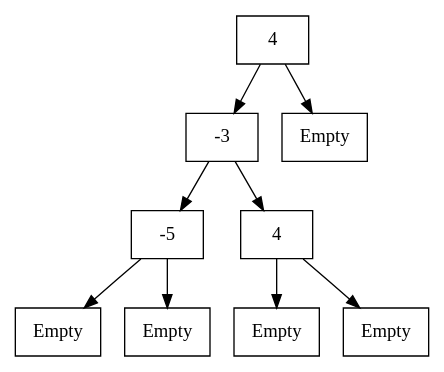
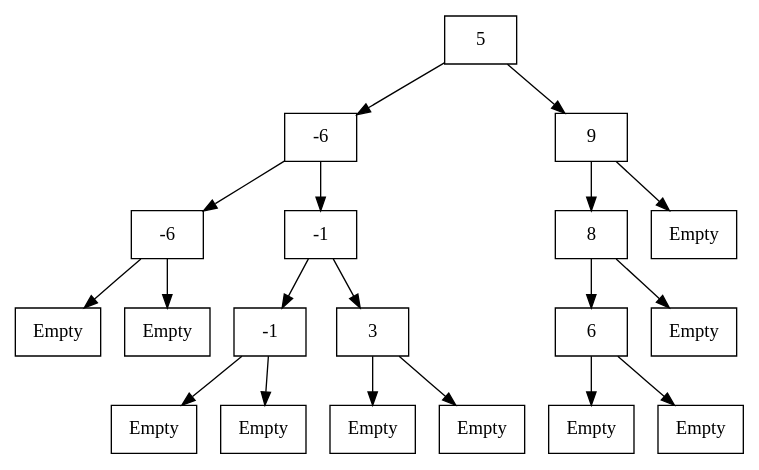
The diagram in _.dot (152Sonic/CP), drawn with Graphviz before and after one commit. The commit also changed 1 other file, not shown here.

```diff
--- a/_.dot
+++ b/_.dot
@@ -1,21 +1,41 @@
 digraph G {
     /* edge [label=0]; */
     graph [ranksep=0.5];
-    0 [shape=record, label="{{4}}"];
-    2 [shape=record, label="{{-3}}"];
-    6 [shape=record, label="{{-5}}"];
-    8 [shape=record, label="{{Empty}}"];
+    0 [shape=record, label="{{5}}"];
+    8 [shape=record, label="{{-6}}"];
+    16 [shape=record, label="{{-6}}"];
+    18 [shape=record, label="{{Empty}}"];
+    17 [shape=record, label="{{Empty}}"];
+    9 [shape=record, label="{{-1}}"];
+    13 [shape=record, label="{{-1}}"];
+    15 [shape=record, label="{{Empty}}"];
+    14 [shape=record, label="{{Empty}}"];
+    10 [shape=record, label="{{3}}"];
+    12 [shape=record, label="{{Empty}}"];
+    11 [shape=record, label="{{Empty}}"];
+    1 [shape=record, label="{{9}}"];
+    3 [shape=record, label="{{8}}"];
+    5 [shape=record, label="{{6}}"];
     7 [shape=record, label="{{Empty}}"];
-    3 [shape=record, label="{{4}}"];
-    5 [shape=record, label="{{Empty}}"];
+    6 [shape=record, label="{{Empty}}"];
     4 [shape=record, label="{{Empty}}"];
-    1 [shape=record, label="{{Empty}}"];
-    6 -> 8;
-    6 -> 7;
+    2 [shape=record, label="{{Empty}}"];
+    16 -> 18;
+    16 -> 17;
+    13 -> 15;
+    13 -> 14;
+    10 -> 12;
+    10 -> 11;
+    9 -> 13;
+    9 -> 10;
+    8 -> 16;
+    8 -> 9;
+    5 -> 7;
+    5 -> 6;
     3 -> 5;
     3 -> 4;
-    2 -> 6;
-    2 -> 3;
-    0 -> 2;
+    1 -> 3;
+    1 -> 2;
+    0 -> 8;
     0 -> 1;
 }
```
